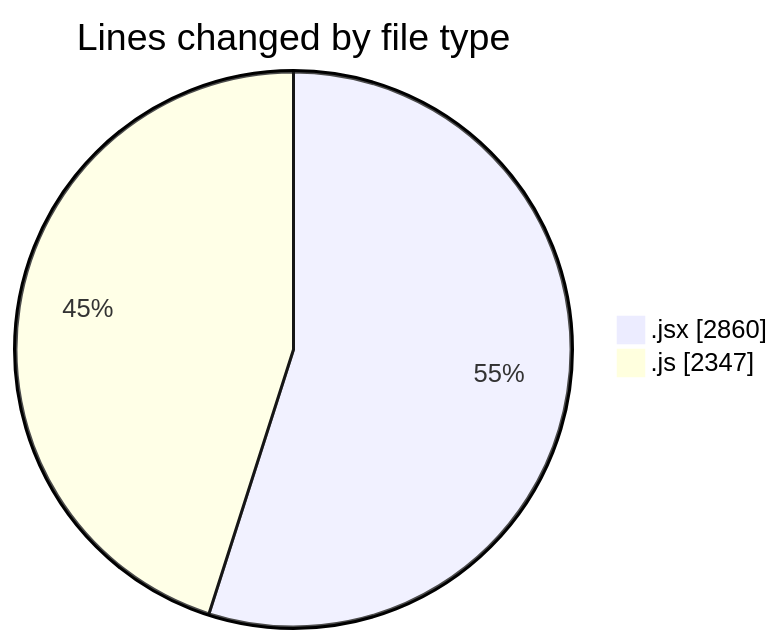
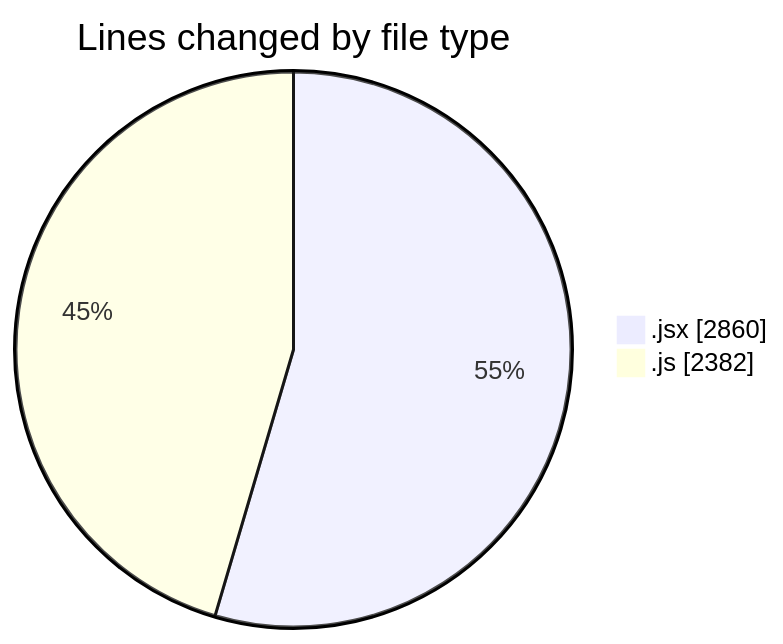
Before and after one commit to nxtqubesakshisongat/code-tracking: the first of 2 diagrams in 2026-01-08/nxtqube_webapp/README.md, drawn with Mermaid. The commit also changed other lines of this file and 1 other file, not shown here.

````diff
--- a/2026-01-08/nxtqube_webapp/README.md
+++ b/2026-01-08/nxtqube_webapp/README.md
@@ -23,6 +23,6 @@
 ```mermaid
 pie showData
 title Lines changed by file type
 ".jsx" : 2860
-".js" : 2347
+".js" : 2382
 ```
````
